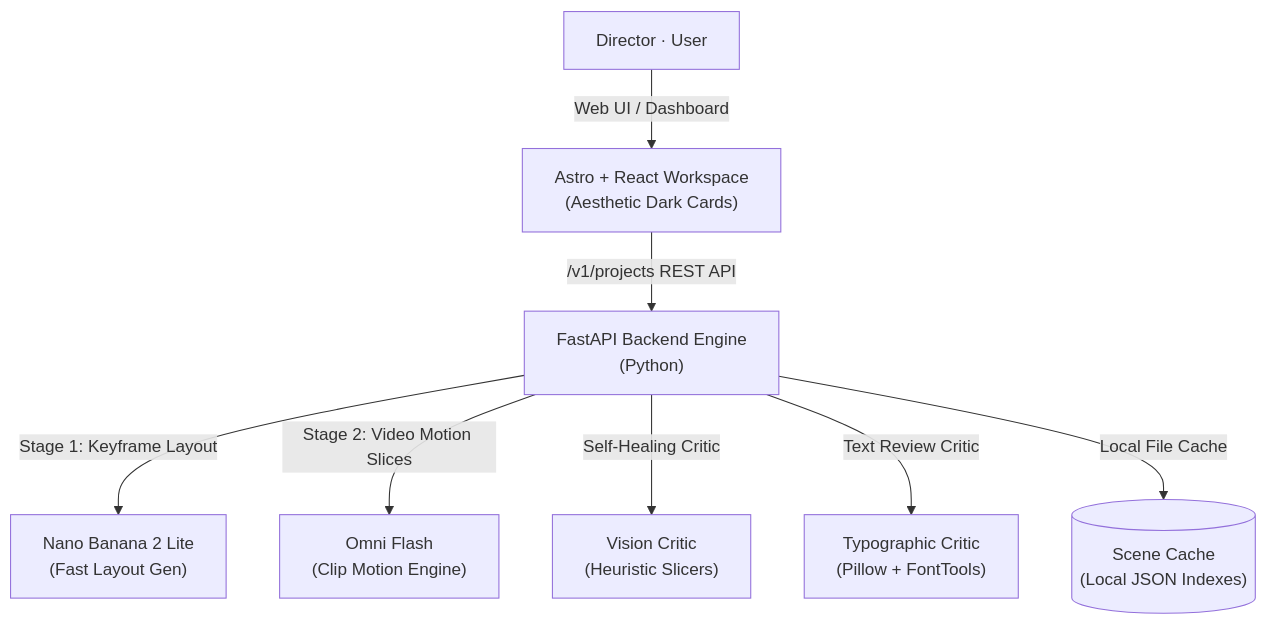
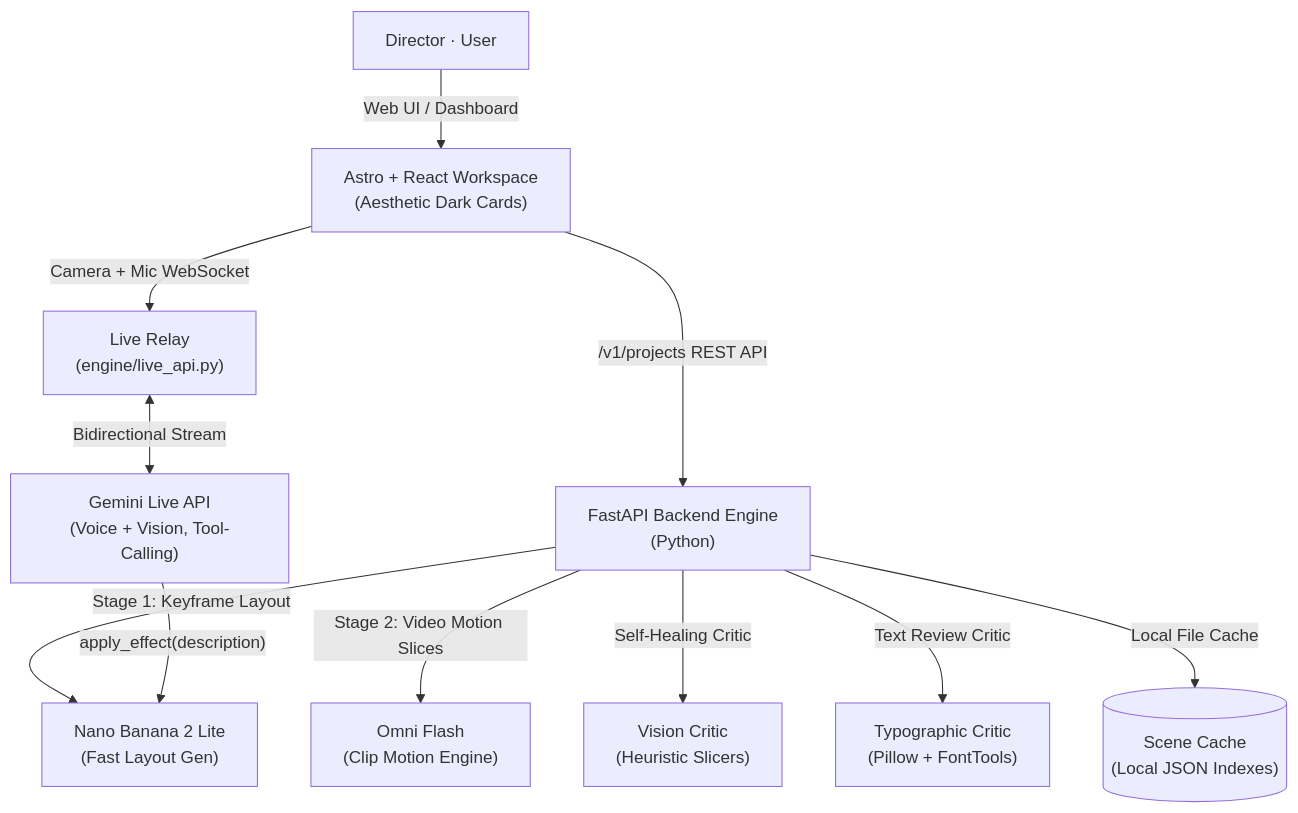
One commit to daiwikmh/arena changed the diagram in README.md. Above: the diagram before and after it, drawn with Mermaid. The commit also changed other lines of this file and 13 other files, not shown here.

````diff
--- a/README.md
+++ b/README.md
@@ -44,13 +45,17 @@
 ```mermaid
 graph TD
   U["Director · User"] -->|"Web UI / Dashboard"| F["Astro + React Workspace<br/>(Aesthetic Dark Cards)"]
   F -->|"/v1/projects REST API"| B["FastAPI Backend Engine<br/>(Python)"]
 
   B -->|"Stage 1: Keyframe Layout"| NB["Nano Banana 2 Lite<br/>(Fast Layout Gen)"]
   B -->|"Stage 2: Video Motion Slices"| OF["Omni Flash<br/>(Clip Motion Engine)"]
   
   B -->|"Self-Healing Critic"| VC["Vision Critic<br/>(Heuristic Slicers)"]
   B -->|"Text Review Critic"| TC["Typographic Critic<br/>(Pillow + FontTools)"]
   
   B -->|"Local File Cache"| C[("Scene Cache<br/>(Local JSON Indexes)")]
+
+  F -->|"Camera + Mic WebSocket"| L["Live Relay<br/>(engine/live_api.py)"]
+  L <-->|"Bidirectional Stream"| GL["Gemini Live API<br/>(Voice + Vision, Tool-Calling)"]
+  GL -->|"apply_effect(description)"| NB
 ```
````
